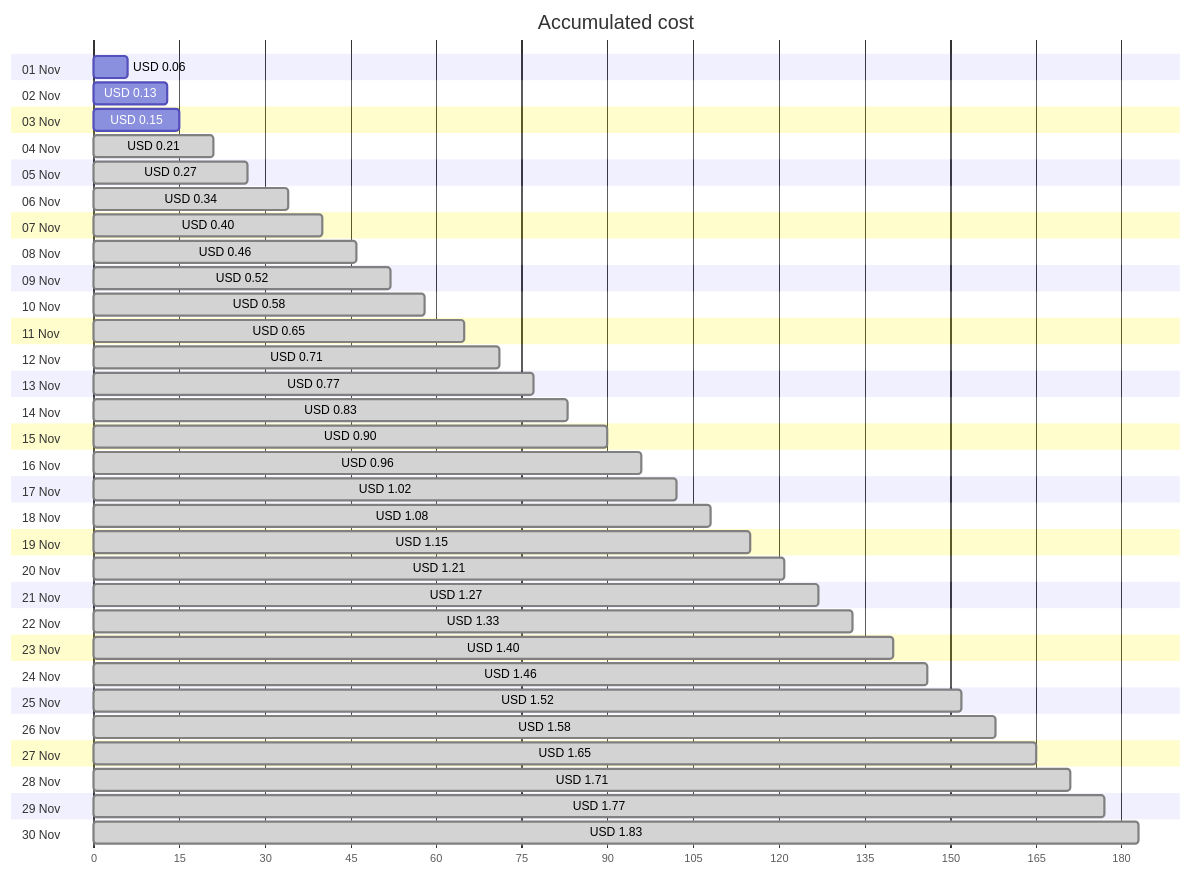
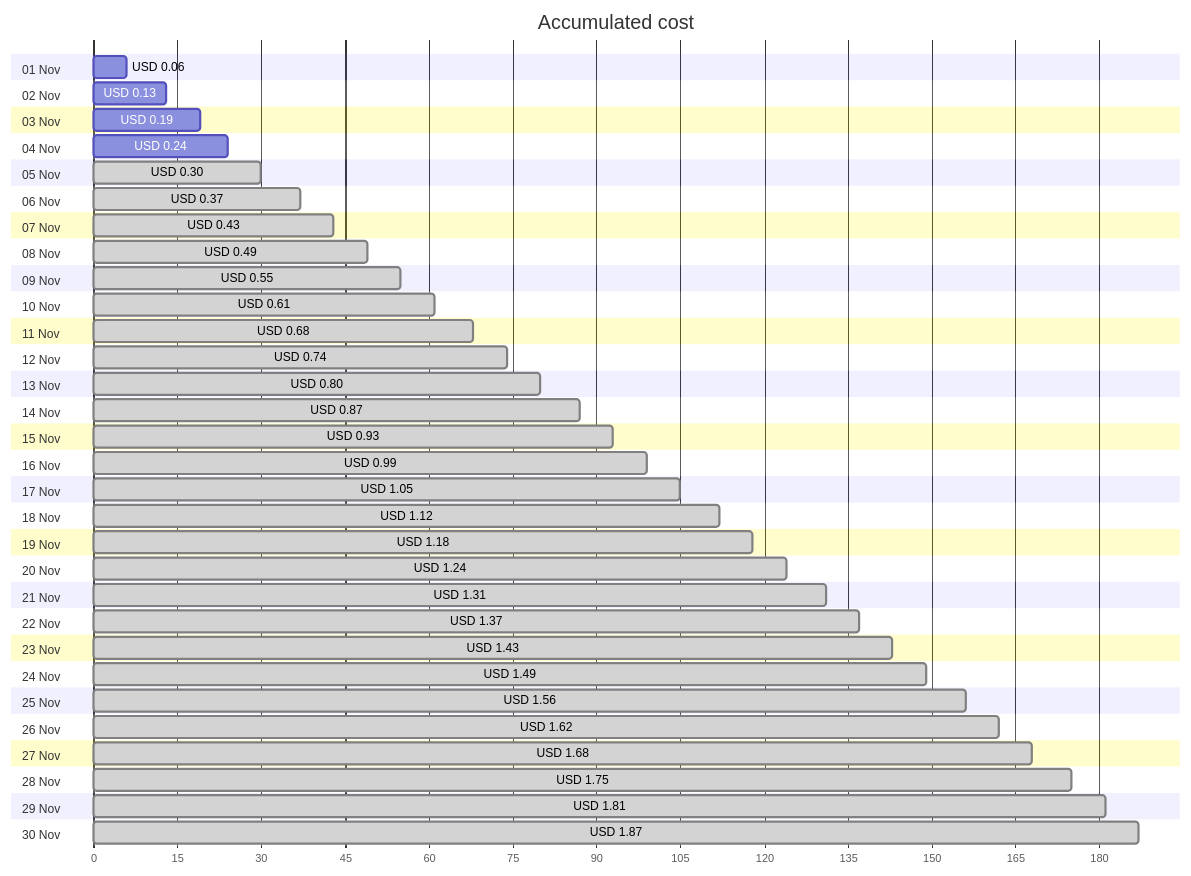
One commit to jpfulton/azure-personal-reports changed the first of 4 diagrams in cost-reports/personal-network/vpn-server_OsDisk.md. Above: the diagram before and after it, drawn with Mermaid. The commit also changed other lines of this file and 8 other files, not shown here.

````diff
--- a/cost-reports/personal-network/vpn-server_OsDisk.md
+++ b/cost-reports/personal-network/vpn-server_OsDisk.md
@@ -20,66 +20,66 @@
 ```mermaid
 gantt
    title Accumulated cost
    dateFormat  X
    axisFormat %s
    section 01 Nov
    USD 0.06 :0, 6
    section 02 Nov
    USD 0.13 :0, 13
    section 03 Nov
-   USD 0.15 :0, 15
+   USD 0.19 :0, 19
    section 04 Nov
-   USD 0.21 : done, 0, 21
+   USD 0.24 :0, 24
    section 05 Nov
-   USD 0.27 : done, 0, 27
+   USD 0.30 : done, 0, 30
    section 06 Nov
-   USD 0.34 : done, 0, 34
+   USD 0.37 : done, 0, 37
    section 07 Nov
-   USD 0.40 : done, 0, 40
+   USD 0.43 : done, 0, 43
    section 08 Nov
-   USD 0.46 : done, 0, 46
+   USD 0.49 : done, 0, 49
    section 09 Nov
-   USD 0.52 : done, 0, 52
+   USD 0.55 : done, 0, 55
    section 10 Nov
-   USD 0.58 : done, 0, 58
+   USD 0.61 : done, 0, 61
    section 11 Nov
-   USD 0.65 : done, 0, 65
+   USD 0.68 : done, 0, 68
    section 12 Nov
-   USD 0.71 : done, 0, 71
+   USD 0.74 : done, 0, 74
    section 13 Nov
-   USD 0.77 : done, 0, 77
+   USD 0.80 : done, 0, 80
    section 14 Nov
-   USD 0.83 : done, 0, 83
+   USD 0.87 : done, 0, 87
    section 15 Nov
-   USD 0.90 : done, 0, 90
+   USD 0.93 : done, 0, 93
    section 16 Nov
-   USD 0.96 : done, 0, 96
+   USD 0.99 : done, 0, 99
    section 17 Nov
-   USD 1.02 : done, 0, 102
+   USD 1.05 : done, 0, 105
    section 18 Nov
-   USD 1.08 : done, 0, 108
+   USD 1.12 : done, 0, 112
    section 19 Nov
-   USD 1.15 : done, 0, 115
+   USD 1.18 : done, 0, 118
    section 20 Nov
-   USD 1.21 : done, 0, 121
+   USD 1.24 : done, 0, 124
    section 21 Nov
-   USD 1.27 : done, 0, 127
+   USD 1.31 : done, 0, 131
    section 22 Nov
-   USD 1.33 : done, 0, 133
+   USD 1.37 : done, 0, 137
    section 23 Nov
-   USD 1.40 : done, 0, 140
+   USD 1.43 : done, 0, 143
    section 24 Nov
-   USD 1.46 : done, 0, 146
+   USD 1.49 : done, 0, 149
    section 25 Nov
-   USD 1.52 : done, 0, 152
+   USD 1.56 : done, 0, 156
    section 26 Nov
-   USD 1.58 : done, 0, 158
+   USD 1.62 : done, 0, 162
    section 27 Nov
-   USD 1.65 : done, 0, 165
+   USD 1.68 : done, 0, 168
    section 28 Nov
-   USD 1.71 : done, 0, 171
+   USD 1.75 : done, 0, 175
    section 29 Nov
-   USD 1.77 : done, 0, 177
+   USD 1.81 : done, 0, 181
    section 30 Nov
-   USD 1.83 : done, 0, 183
+   USD 1.87 : done, 0, 187
 ```
````
